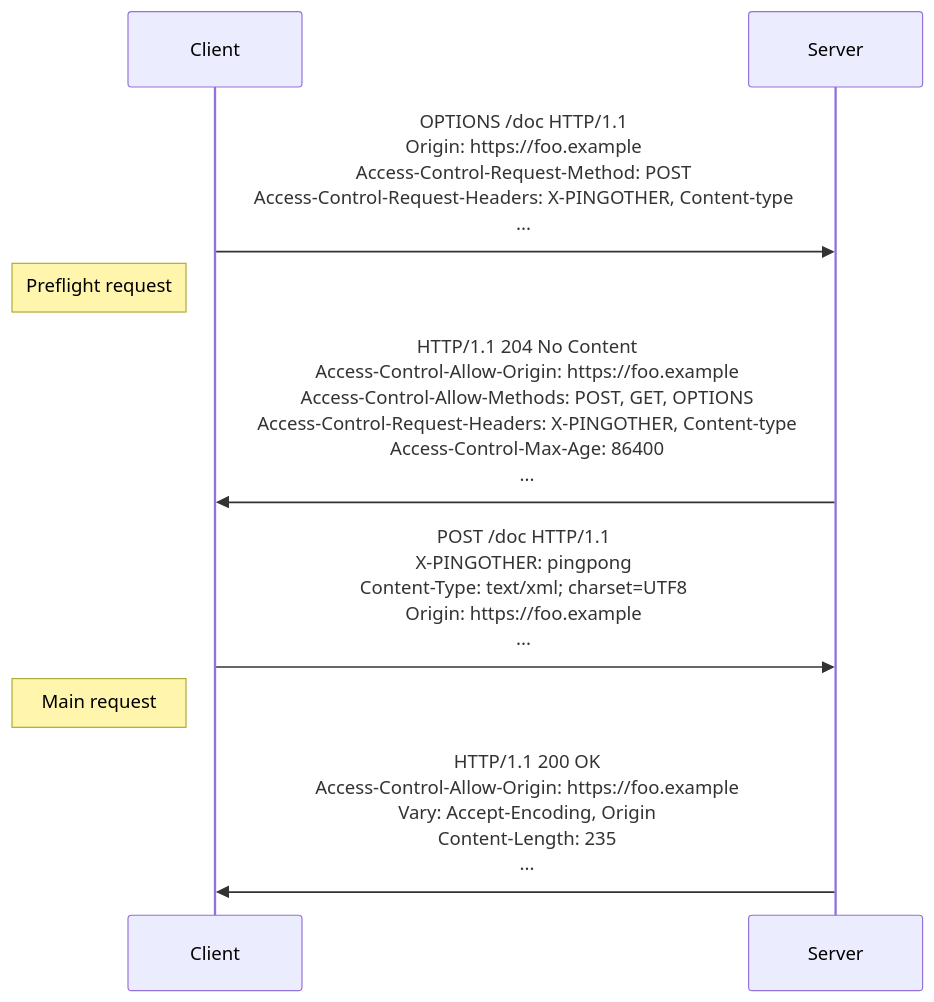
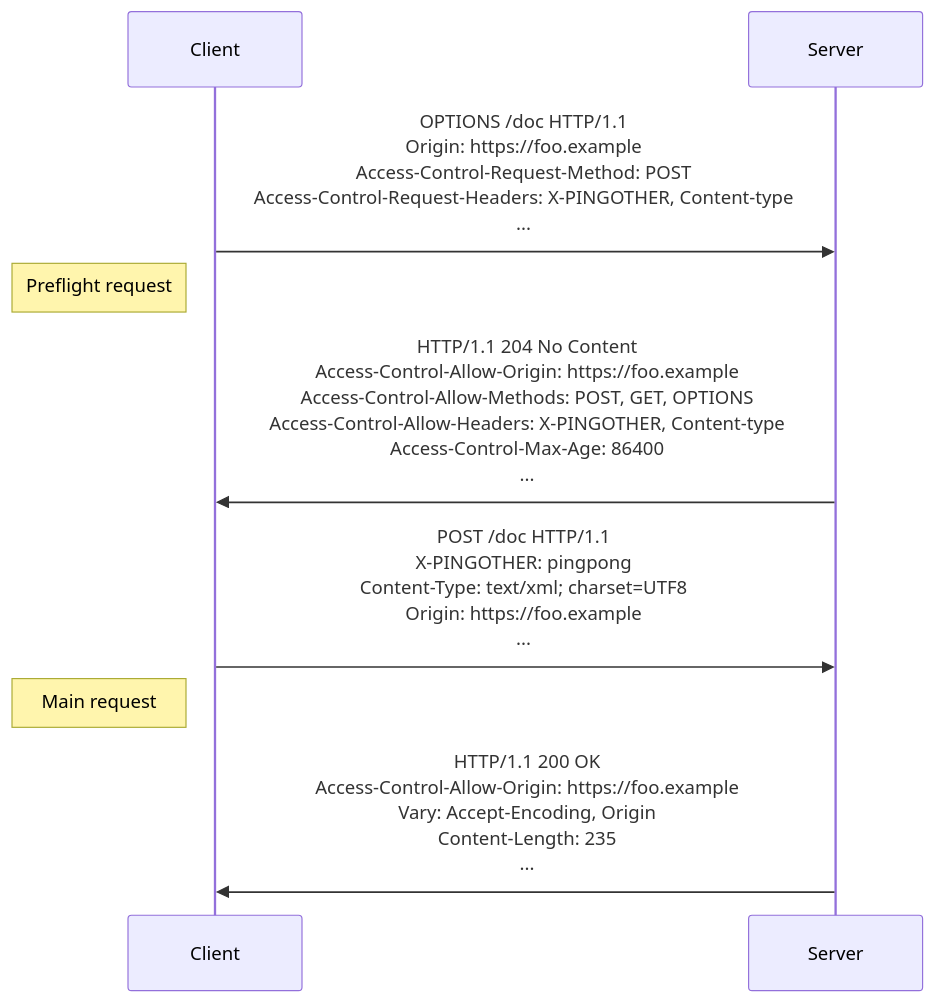
The diagram in images/diagrams/http/cors/preflight-correct.mmd (mdn/shared-assets), drawn with Mermaid before and after one commit. The commit also changed 1 other file, not shown here.

Commit message:
fix wrong header name in preflight diagram (#22)
fix wrong header name

```diff
--- a/images/diagrams/http/cors/preflight-correct.mmd
+++ b/images/diagrams/http/cors/preflight-correct.mmd
@@ -1,12 +1,12 @@
 sequenceDiagram
     participant Client
     participant Server
 
     Client->>Server: OPTIONS /doc HTTP/1.1<br/>Origin: https://foo.example<br/>Access-Control-Request-Method: POST<br/>Access-Control-Request-Headers: X-PINGOTHER, Content-type<br/>...
     Note left of Client: Preflight request
-    Server->>Client: HTTP/1.1 204 No Content<br/>Access-Control-Allow-Origin: https://foo.example<br/>Access-Control-Allow-Methods: POST, GET, OPTIONS<br/>Access-Control-Request-Headers: X-PINGOTHER, Content-type<br/>Access-Control-Max-Age: 86400<br/>...
+    Server->>Client: HTTP/1.1 204 No Content<br/>Access-Control-Allow-Origin: https://foo.example<br/>Access-Control-Allow-Methods: POST, GET, OPTIONS<br/>Access-Control-Allow-Headers: X-PINGOTHER, Content-type<br/>Access-Control-Max-Age: 86400<br/>...
 
 
     Client->>Server: POST /doc HTTP/1.1<br/>X-PINGOTHER: pingpong<br/>Content-Type: text/xml#59; charset=UTF8<br/>Origin: https://foo.example<br/>...
     Note left of Client: Main request
     Server->>Client: HTTP/1.1 200 OK<br/>Access-Control-Allow-Origin: https://foo.example<br/>Vary: Accept-Encoding, Origin<br/>Content-Length: 235<br/>...
```
